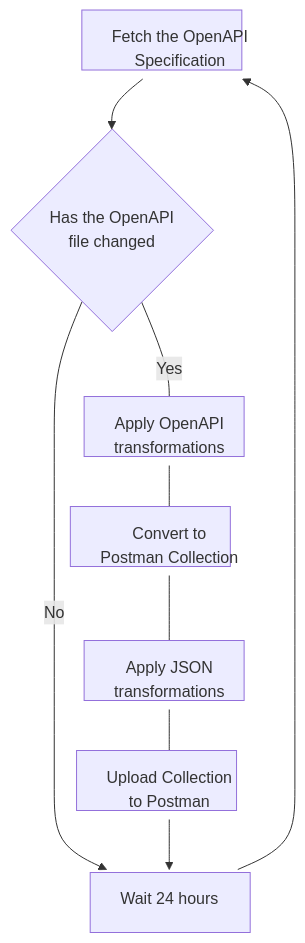
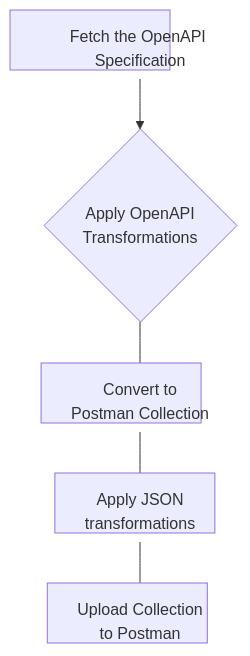
One commit to mongodb/openapi changed the diagram in tools/postman/README.md. Above: the diagram before and after it, drawn with Mermaid. The commit also changed other lines of this file, not shown here.

Commit message:
Update readme to reflect changes to fetch

````diff
--- a/tools/postman/README.md
+++ b/tools/postman/README.md
@@ -24,19 +25,13 @@
 ```mermaid
 flowchart TD
-    A[Fetch the OpenAPI Specification] --> B{Has the OpenAPI\n file changed}
-    B --> |Yes| C[Apply OpenAPI\ntransformations]
-    B --> |No| G[Wait 24 hours]
-    C --> D[Convert to\nPostman Collection]
-    D --> E[Apply JSON\ntransformations]
-    E --> F[Upload Collection\nto Postman]
-    F --> G[Wait 24 hours]
-    G --> A[Fetch the OpenAPI\nSpecification]
+    A[Fetch the OpenAPI Specification] --> B{Apply OpenAPI\nTransformations}
+    B --> C[Convert to\nPostman Collection]
+    C --> D[Apply JSON\ntransformations]
+    D --> E[Upload Collection\nto Postman]
 
     style A width:160px,height:60px,text-align:center;
     style B width:160px,height:60px,text-align:center;
     style C width:160px,height:60px,text-align:center;
     style D width:160px,height:60px,text-align:center;
     style E width:160px,height:60px,text-align:center;
-    style F width:160px,height:60px,text-align:center;
-    style G width:160px,height:60px,text-align:center;
 ```
````
